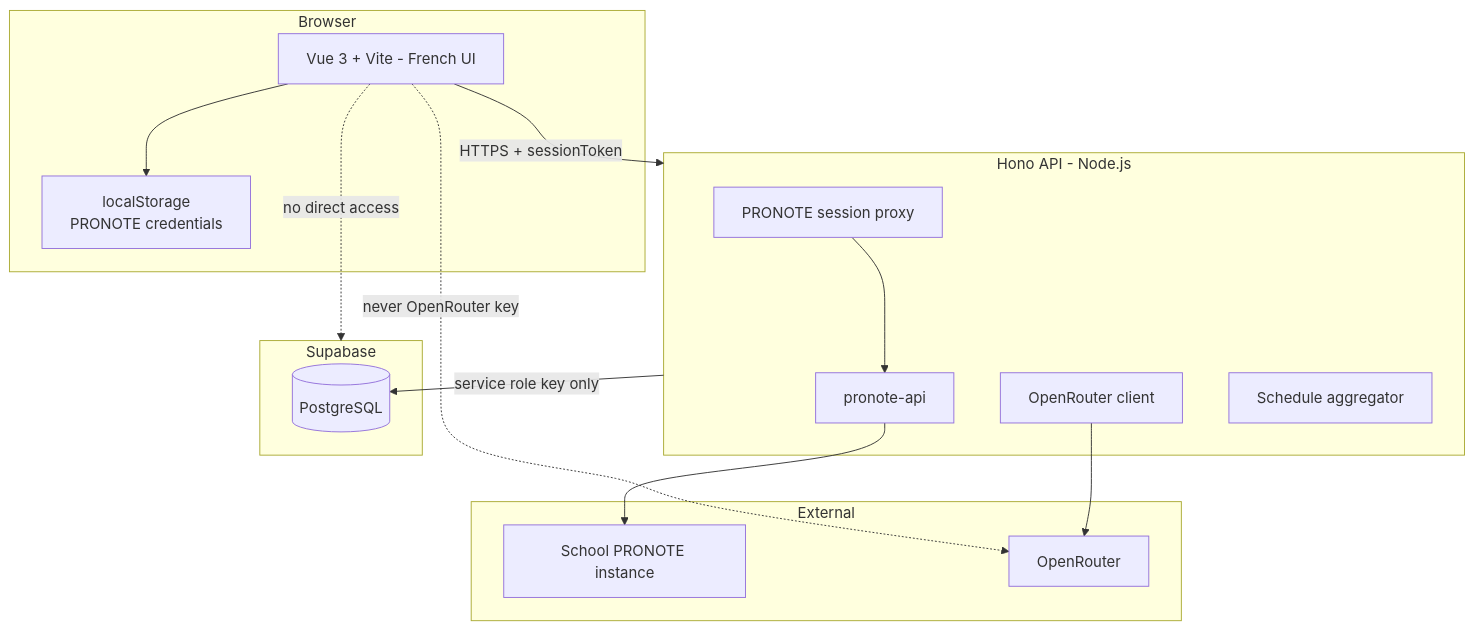
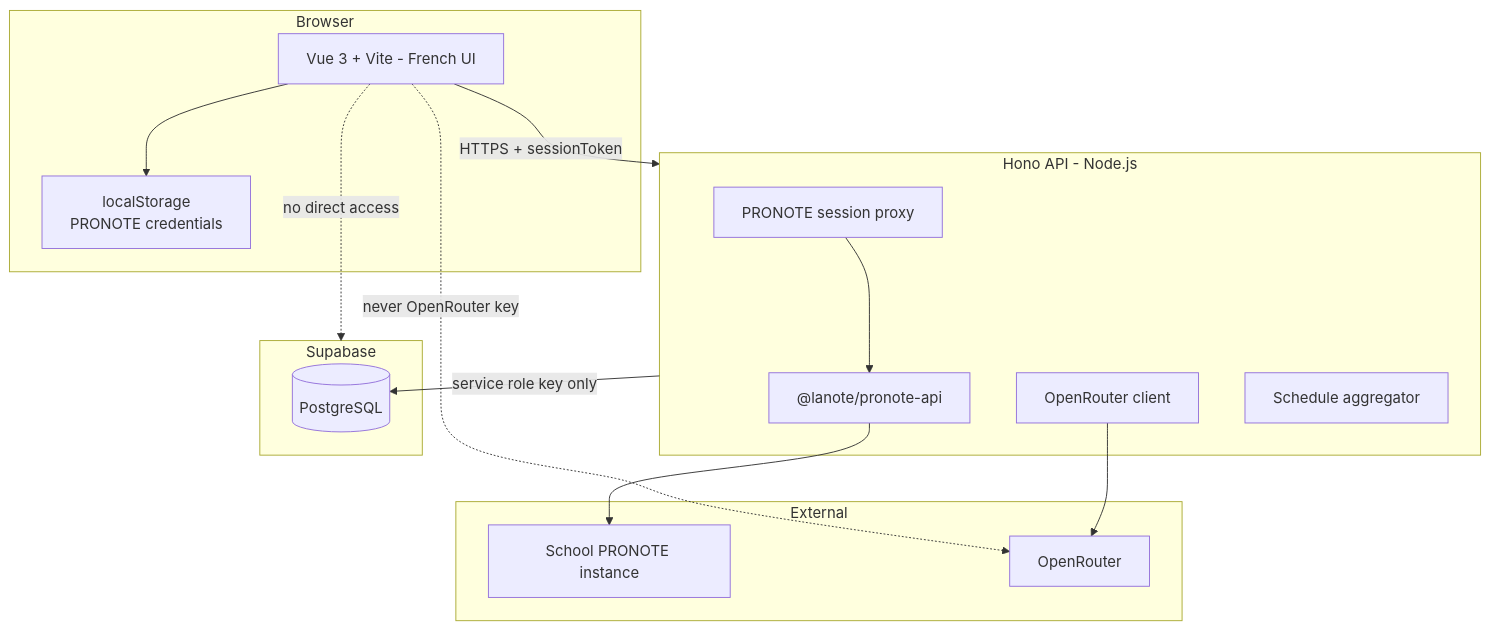
The diagram in docs/agents/ARCHITECTURE.md (biwano/lanote), drawn with Mermaid before and after one commit. The commit also changed other lines of this file and 3 other files, not shown here.

````diff
--- a/docs/agents/ARCHITECTURE.md
+++ b/docs/agents/ARCHITECTURE.md
@@ -18,31 +18,31 @@
 ```mermaid
 flowchart TB
     subgraph client [Browser]
         Vue[Vue 3 + Vite - French UI]
         LS[localStorage<br/>PRONOTE credentials]
     end
 
     subgraph server [Hono API - Node.js]
         Auth[PRONOTE session proxy]
-        PronoteLib[pronote-api]
+        PronoteLib["@lanote/pronote-api"]
         AI[OpenRouter client]
         Schedule[Schedule aggregator]
     end
 
     subgraph external [External]
         PRONOTE[School PRONOTE instance]
         OR[OpenRouter]
     end
 
     subgraph supabase [Supabase]
         DB[(PostgreSQL)]
     end
 
     Vue --> LS
     Vue -->|HTTPS + sessionToken| server
     Auth --> PronoteLib --> PRONOTE
     AI --> OR
     server -->|service role key only| DB
     Vue -.->|no direct access| supabase
     Vue -.->|never OpenRouter key| OR
 ```
````
